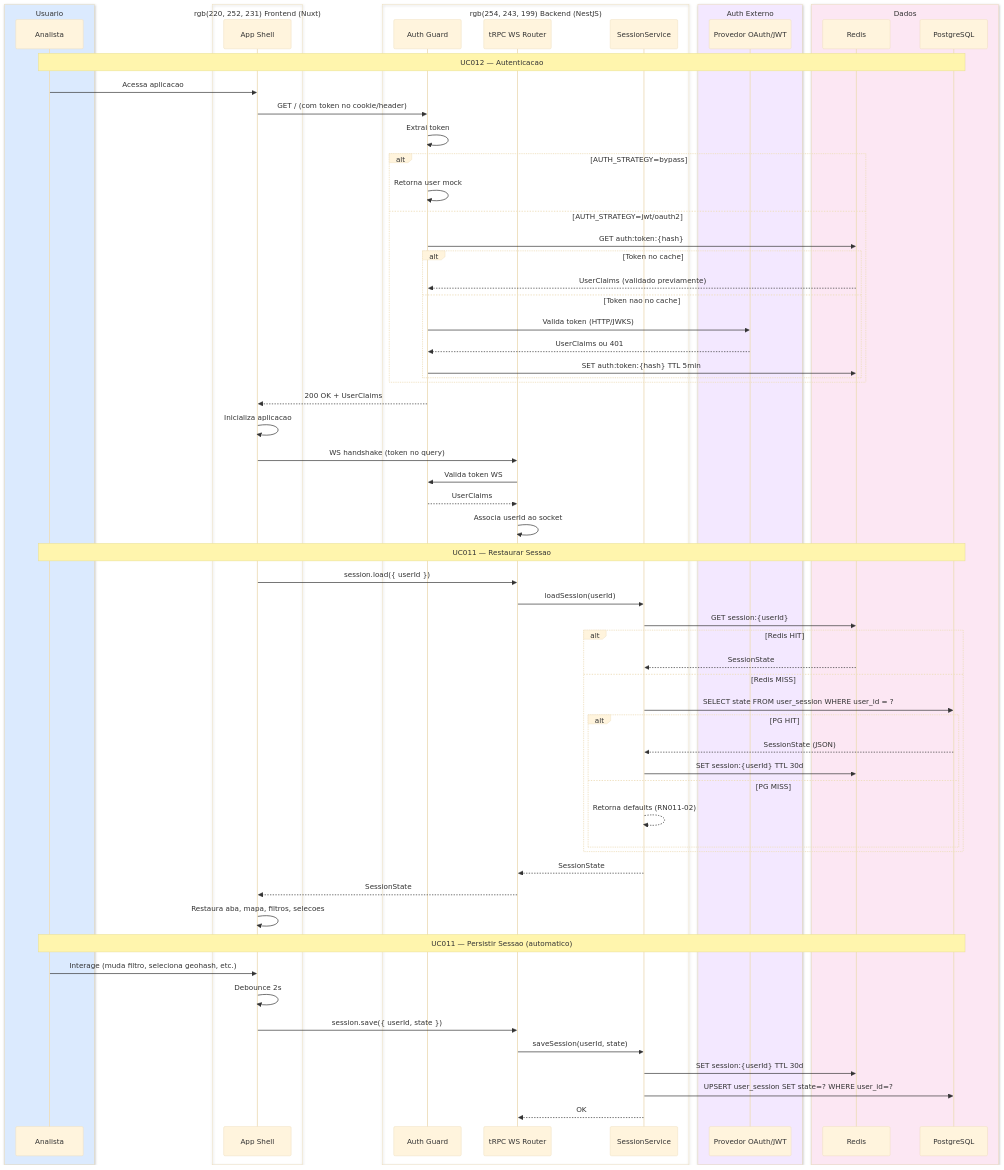
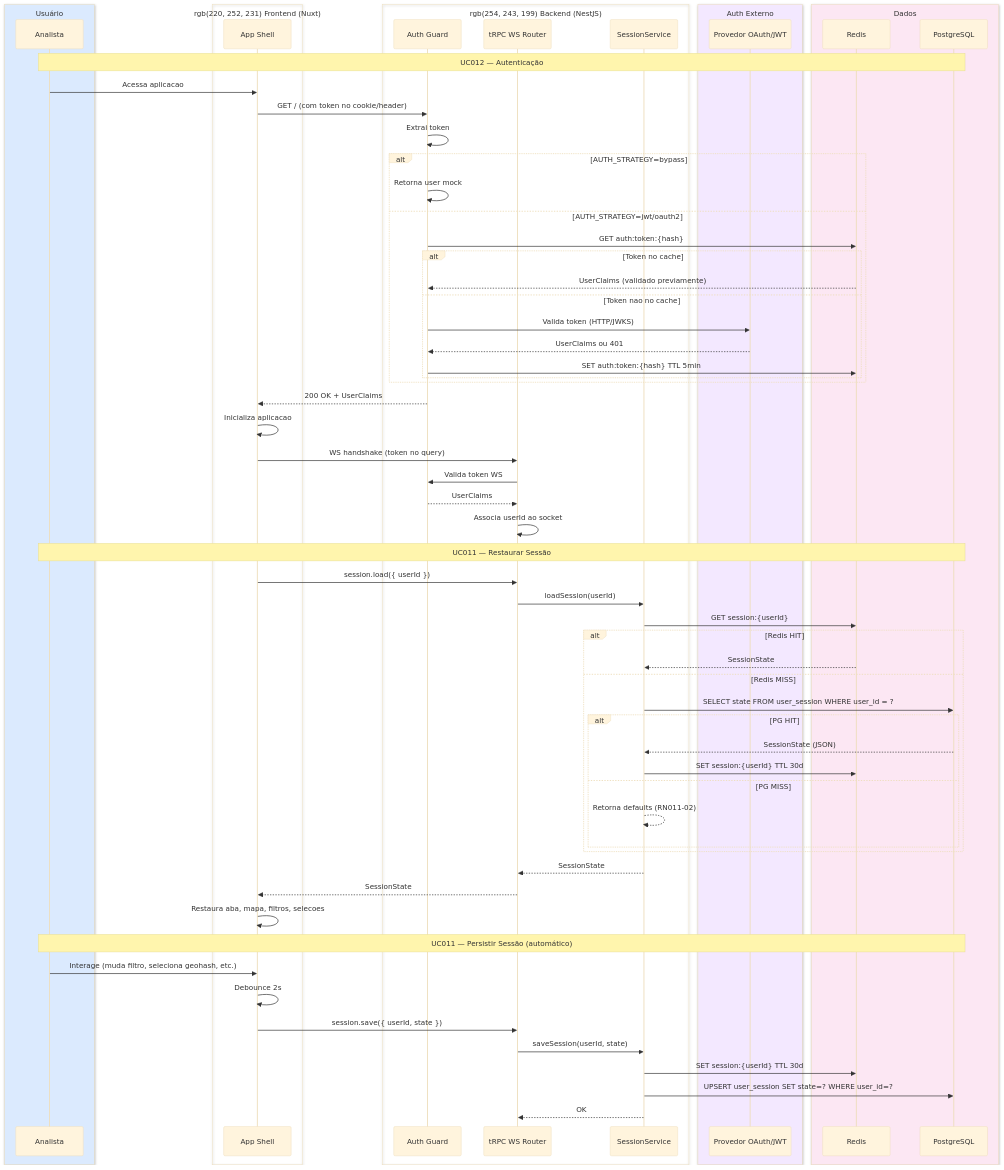
Before and after one commit to zooxsmart-ailabs/vivo: the diagram in docs/use-cases/diagrams/SD004-sessao-auth.md, drawn with Mermaid (base theme). The commit also changed other lines of this file and 59 other files, not shown here.

````diff
--- a/docs/use-cases/diagrams/SD004-sessao-auth.md
+++ b/docs/use-cases/diagrams/SD004-sessao-auth.md
@@ -9,76 +9,76 @@
 ```mermaid
 sequenceDiagram
-    box rgb(219, 234, 254) Usuario
+    box rgb(219, 234, 254) Usuário
         participant U as Analista
     end
     box rgb(220, 252, 231) Frontend (Nuxt)
         participant APP as App Shell
     end
     box rgb(254, 243, 199) Backend (NestJS)
         participant GRD as Auth Guard
         participant WS as tRPC WS Router
         participant SES as SessionService
     end
     box rgb(243, 232, 255) Auth Externo
         participant AUTH as Provedor OAuth/JWT
     end
     box rgb(252, 231, 243) Dados
         participant REDIS as Redis
         participant DB as PostgreSQL
     end
 
-    Note over U,DB: UC012 — Autenticacao
+    Note over U,DB: UC012 — Autenticação
 
     U->>APP: Acessa aplicacao
     APP->>GRD: GET / (com token no cookie/header)
     GRD->>GRD: Extrai token
     alt AUTH_STRATEGY=bypass
         GRD->>GRD: Retorna user mock
     else AUTH_STRATEGY=jwt/oauth2
         GRD->>REDIS: GET auth:token:{hash}
         alt Token no cache
             REDIS-->>GRD: UserClaims (validado previamente)
         else Token nao no cache
             GRD->>AUTH: Valida token (HTTP/JWKS)
             AUTH-->>GRD: UserClaims ou 401
             GRD->>REDIS: SET auth:token:{hash} TTL 5min
         end
     end
     GRD-->>APP: 200 OK + UserClaims
     APP->>APP: Inicializa aplicacao
 
     APP->>WS: WS handshake (token no query)
     WS->>GRD: Valida token WS
     GRD-->>WS: UserClaims
     WS->>WS: Associa userId ao socket
 
-    Note over U,DB: UC011 — Restaurar Sessao
+    Note over U,DB: UC011 — Restaurar Sessão
 
     APP->>WS: session.load({ userId })
     WS->>SES: loadSession(userId)
     SES->>REDIS: GET session:{userId}
     alt Redis HIT
         REDIS-->>SES: SessionState
     else Redis MISS
         SES->>DB: SELECT state FROM user_session WHERE user_id = ?
         alt PG HIT
             DB-->>SES: SessionState (JSON)
             SES->>REDIS: SET session:{userId} TTL 30d
         else PG MISS
             SES-->>SES: Retorna defaults (RN011-02)
         end
     end
     SES-->>WS: SessionState
     WS-->>APP: SessionState
     APP->>APP: Restaura aba, mapa, filtros, selecoes
 
-    Note over U,DB: UC011 — Persistir Sessao (automatico)
+    Note over U,DB: UC011 — Persistir Sessão (automático)
 
     U->>APP: Interage (muda filtro, seleciona geohash, etc.)
     APP->>APP: Debounce 2s
     APP->>WS: session.save({ userId, state })
     WS->>SES: saveSession(userId, state)
     SES->>REDIS: SET session:{userId} TTL 30d
     SES->>DB: UPSERT user_session SET state=? WHERE user_id=?
     SES-->>WS: OK
 ```
````
